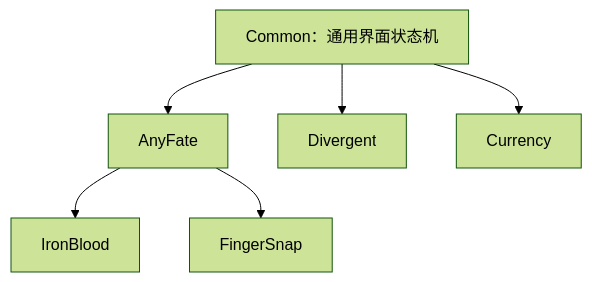
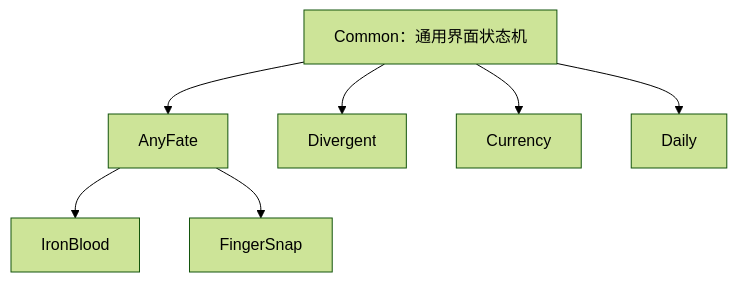
Before and after one commit to syfoud/Simulated_Scepter: the diagram in docs/development/内核配置界面.md, drawn with Mermaid (forest theme). The commit also changed 6 other files, not shown here.

````diff
--- a/docs/development/内核配置界面.md
+++ b/docs/development/内核配置界面.md
@@ -76,8 +76,9 @@
 ```mermaid
 graph TD
     Common[Common：通用界面状态机] --> AnyFate
     Common --> Divergent
     Common --> Currency
+    Common --> Daily
     AnyFate --> IronBlood
     AnyFate --> FingerSnap
 ```
````
